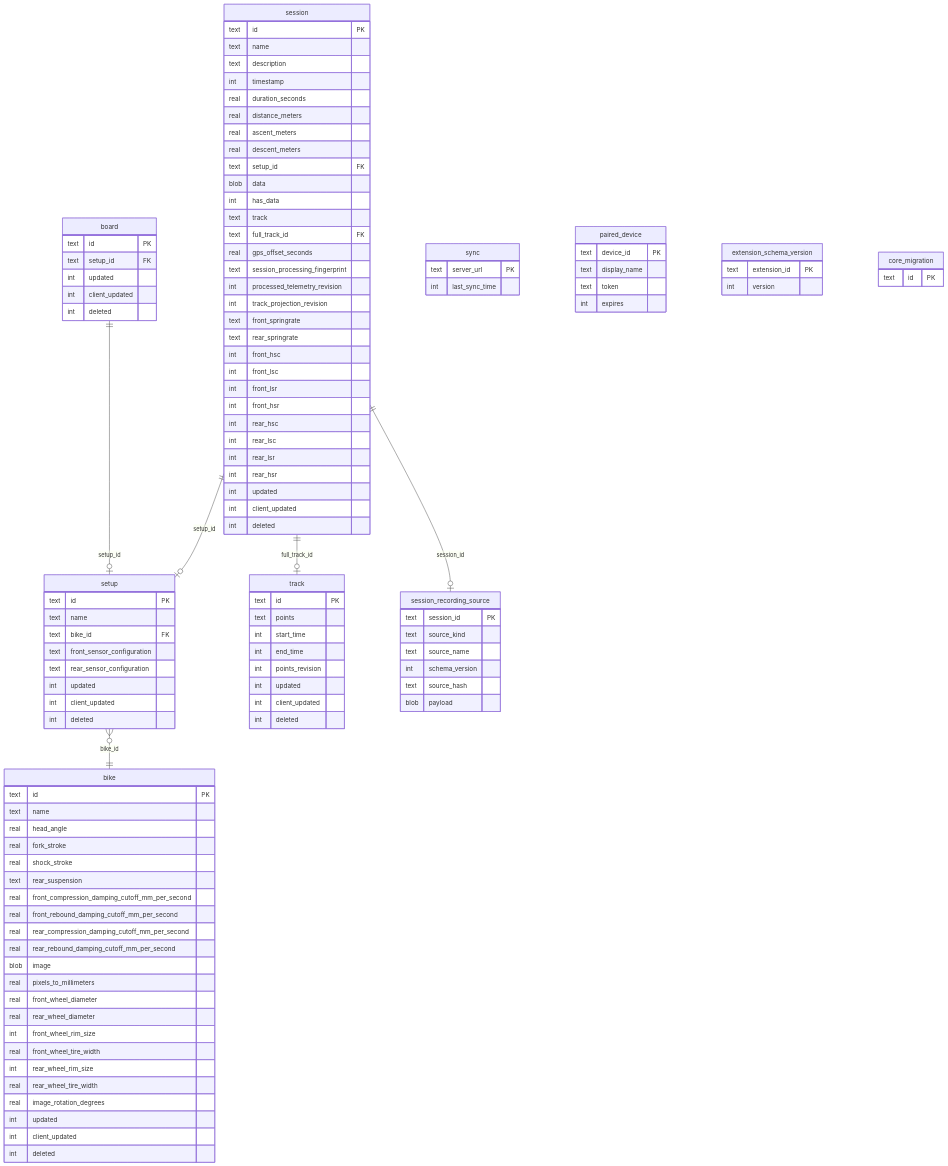
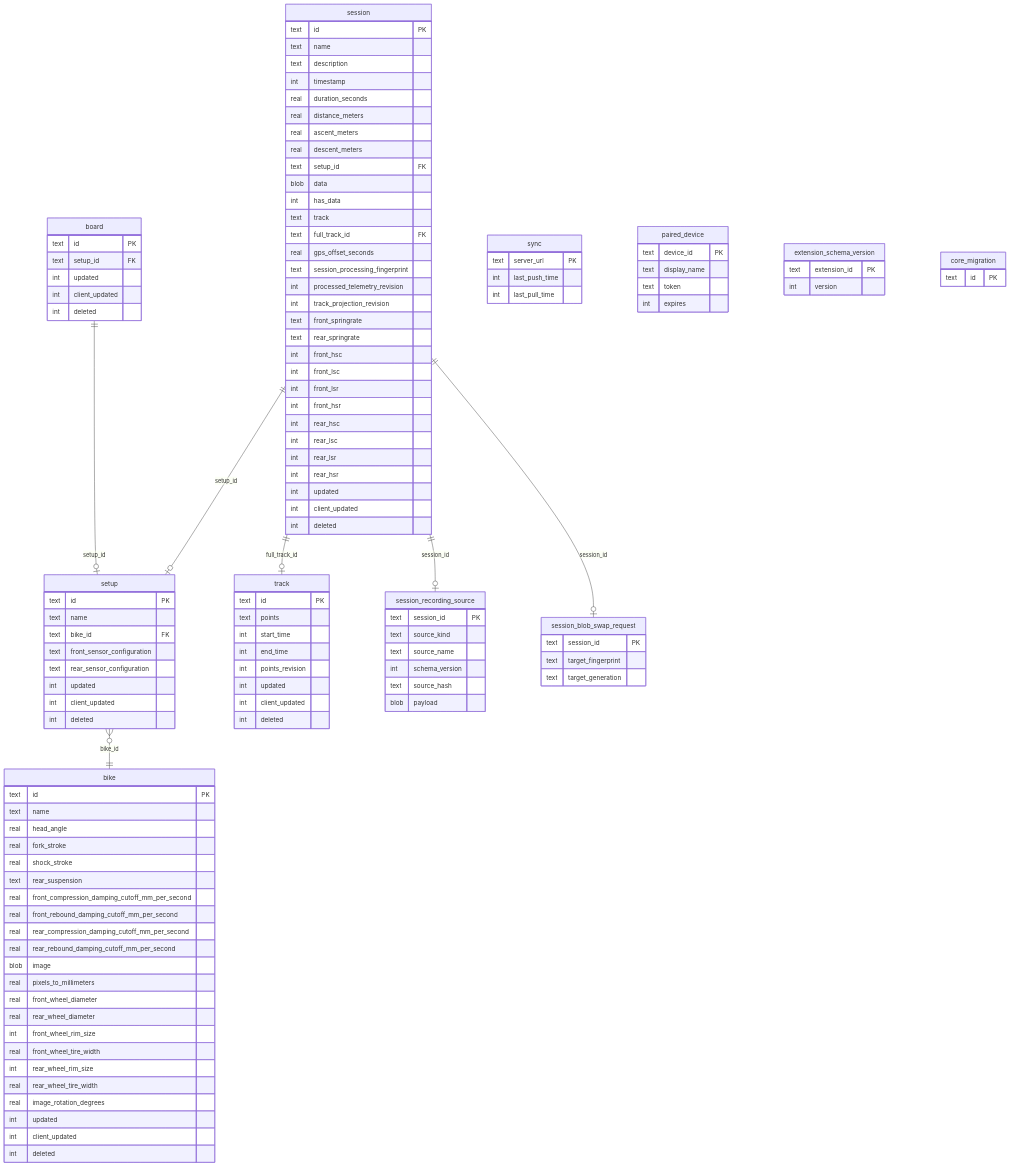
One commit to MoridinBG/Sufni.app changed the diagram in docs/architecture/persistence.md. Above: the diagram before and after it, drawn with Mermaid. The commit also changed other lines of this file and 2 other files, not shown here.

Commit message:
Document sync and extension guarantees

```diff
--- a/docs/architecture/persistence.md
+++ b/docs/architecture/persistence.md
@@ -9,6 +9,7 @@
     session ||--o| setup : "setup_id"
     session ||--o| track : "full_track_id"
     session ||--o| session_recording_source : "session_id"
+    session ||--o| session_blob_swap_request : "session_id"
     setup }o--|| bike : "bike_id"
     board ||--o| setup : "setup_id"
 
@@ -111,7 +112,14 @@
 
     sync {
         text server_url PK
-        int last_sync_time
+        int last_push_time
+        int last_pull_time
+    }
+
+    session_blob_swap_request {
+        text session_id PK
+        text target_fingerprint
+        text target_generation
     }
 
     paired_device {
```
